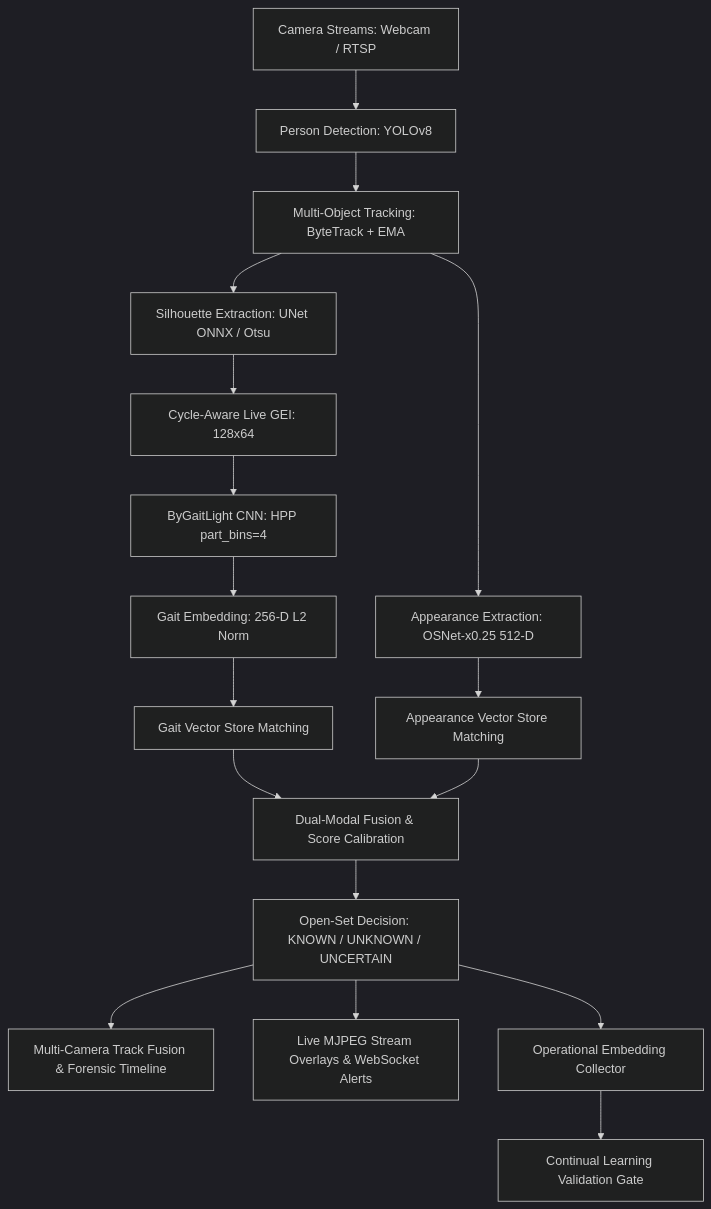
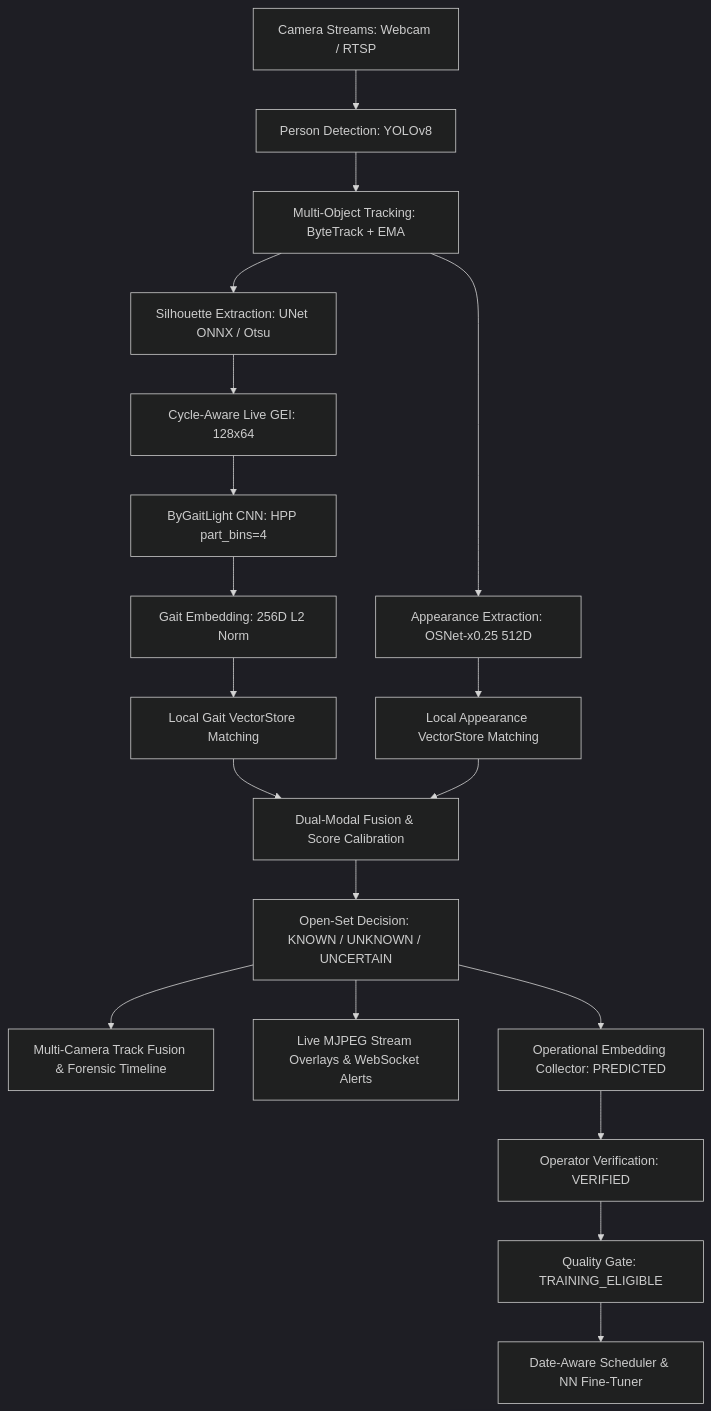
One commit to chanuka8/argus-gait-recognition changed the first of 2 diagrams in README.md. Above: the diagram before and after it, drawn with Mermaid (dark theme). The commit also changed other lines of this file and 8 other files, not shown here.

Commit message:
feat: complete continual learning validation

````diff
--- a/README.md
+++ b/README.md
@@ -56,19 +75,21 @@
 ```mermaid
 graph TD
     A[Camera Streams: Webcam / RTSP] --> B[Person Detection: YOLOv8]
     B --> C[Multi-Object Tracking: ByteTrack + EMA]
     C --> D[Silhouette Extraction: UNet ONNX / Otsu]
-    C --> E[Appearance Extraction: OSNet-x0.25 512-D]
+    C --> E[Appearance Extraction: OSNet-x0.25 512D]
     D --> F[Cycle-Aware Live GEI: 128x64]
     F --> G[ByGaitLight CNN: HPP part_bins=4]
-    G --> H[Gait Embedding: 256-D L2 Norm]
-    H --> I[Gait Vector Store Matching]
-    E --> J[Appearance Vector Store Matching]
+    G --> H[Gait Embedding: 256D L2 Norm]
+    H --> I[Local Gait VectorStore Matching]
+    E --> J[Local Appearance VectorStore Matching]
     I --> K[Dual-Modal Fusion & Score Calibration]
     J --> K
     K --> L[Open-Set Decision: KNOWN / UNKNOWN / UNCERTAIN]
     L --> M[Multi-Camera Track Fusion & Forensic Timeline]
     L --> N[Live MJPEG Stream Overlays & WebSocket Alerts]
-    L --> O[Operational Embedding Collector]
-    O --> P[Continual Learning Validation Gate]
+    L --> O[Operational Embedding Collector: PREDICTED]
+    O --> P[Operator Verification: VERIFIED]
+    P --> Q[Quality Gate: TRAINING_ELIGIBLE]
+    Q --> R[Date-Aware Scheduler & NN Fine-Tuner]
 ```
````
